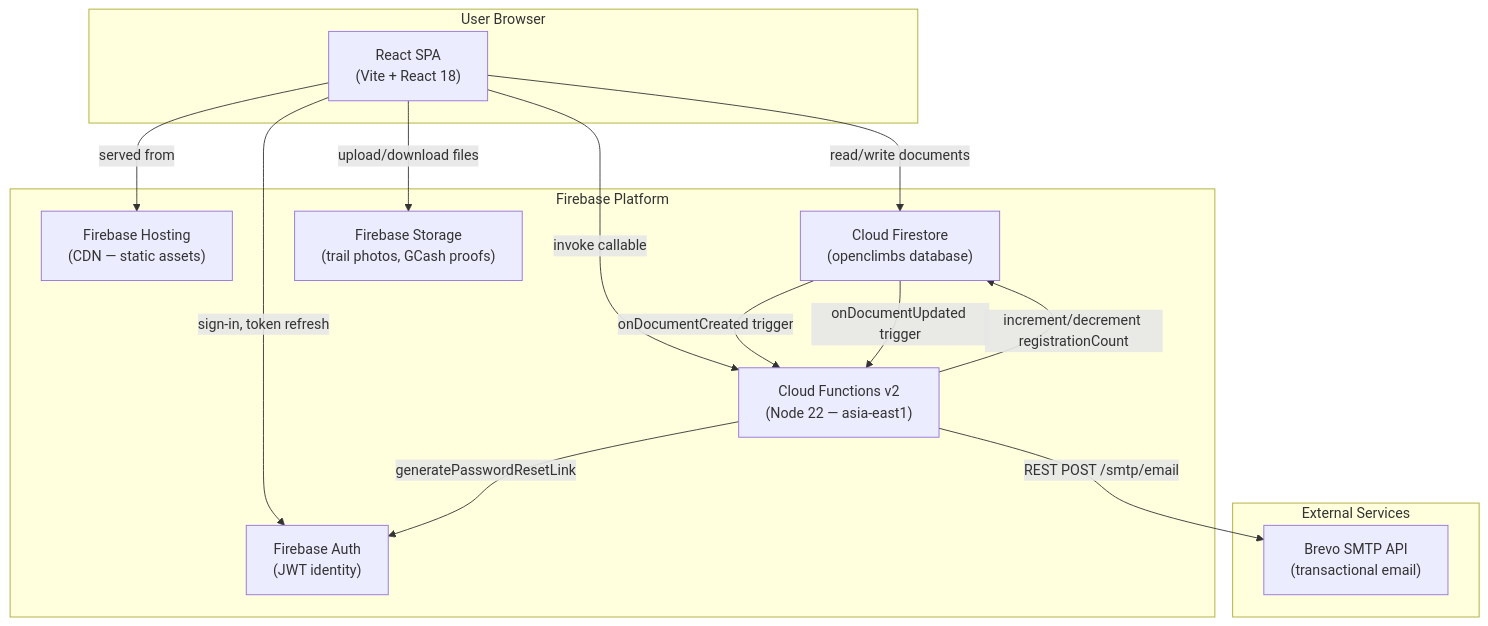
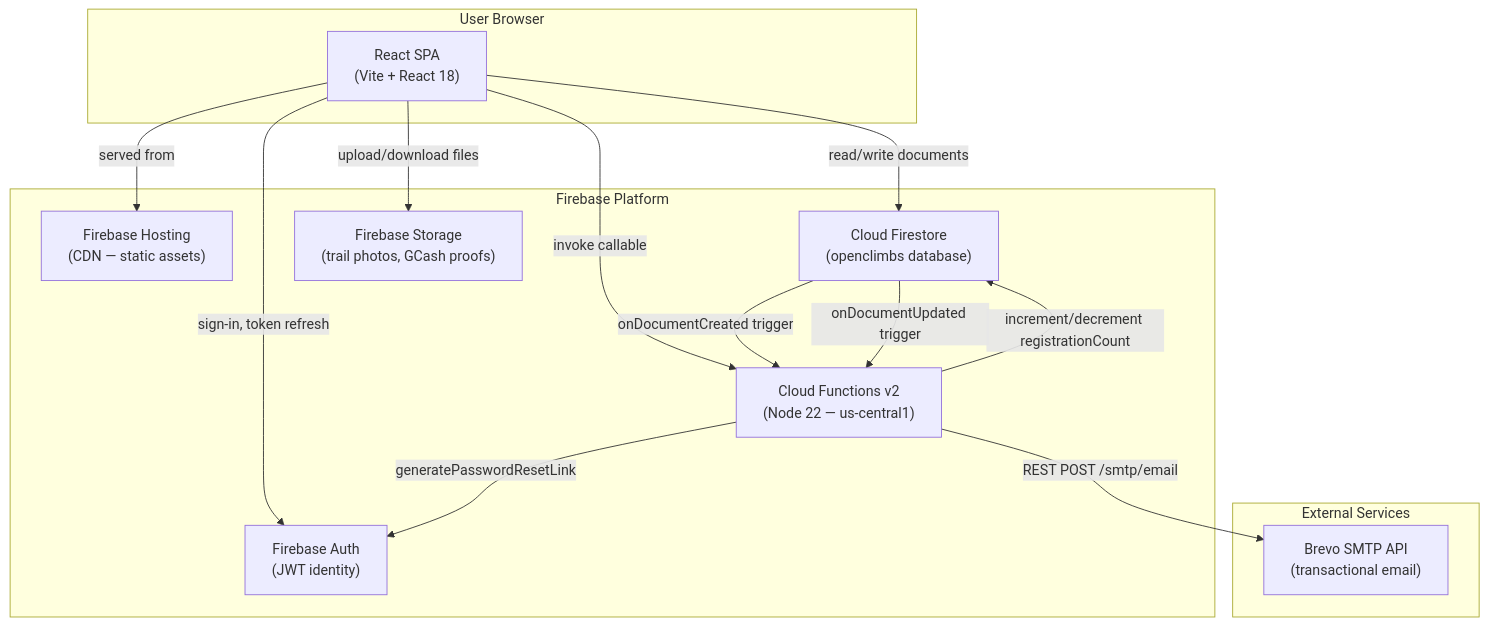
Before and after one commit to Oweeboi011/mms-open-climbs: the first of 13 diagrams in docs/wiki/ARCHITECTURE.md, drawn with Mermaid. The commit also changed other lines of this file and 5 other files, not shown here.

````diff
--- a/docs/wiki/ARCHITECTURE.md
+++ b/docs/wiki/ARCHITECTURE.md
@@ -47,31 +47,31 @@
 ```mermaid
 graph TB
     subgraph Browser["User Browser"]
         SPA["React SPA\n(Vite + React 18)"]
     end
 
     subgraph Firebase["Firebase Platform"]
         FH["Firebase Hosting\n(CDN — static assets)"]
         FA["Firebase Auth\n(JWT identity)"]
         FS["Cloud Firestore\n(openclimbs database)"]
         ST["Firebase Storage\n(trail photos, GCash proofs)"]
-        CF["Cloud Functions v2\n(Node 22 — asia-east1)"]
+        CF["Cloud Functions v2\n(Node 22 — us-central1)"]
     end
 
     subgraph External["External Services"]
         BV["Brevo SMTP API\n(transactional email)"]
     end
 
     SPA -->|served from| FH
     SPA -->|sign-in, token refresh| FA
     SPA -->|read/write documents| FS
     SPA -->|upload/download files| ST
     SPA -->|invoke callable| CF
 
     FS -->|onDocumentCreated trigger| CF
     FS -->|onDocumentUpdated trigger| CF
 
     CF -->|REST POST /smtp/email| BV
     CF -->|increment/decrement registrationCount| FS
     CF -->|generatePasswordResetLink| FA
 ```
````
